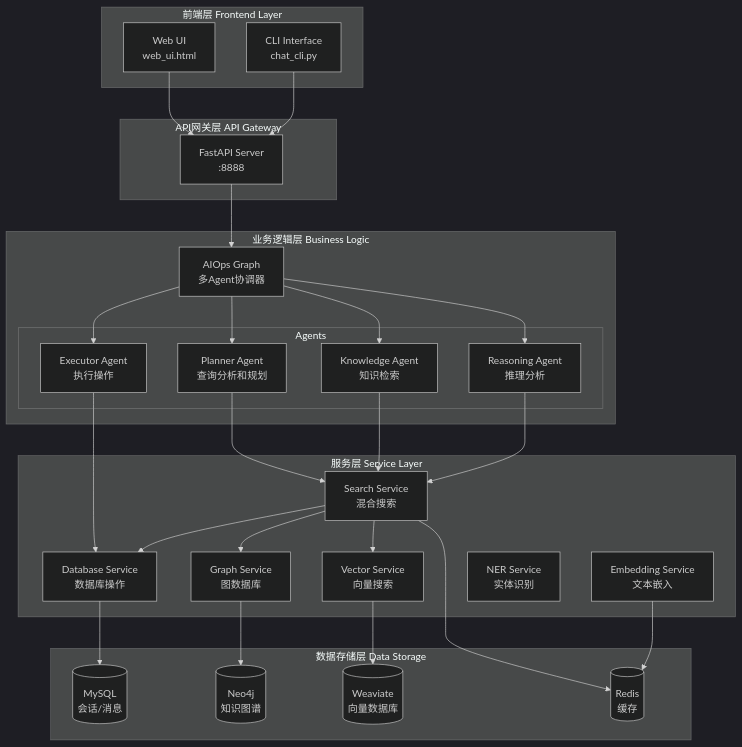
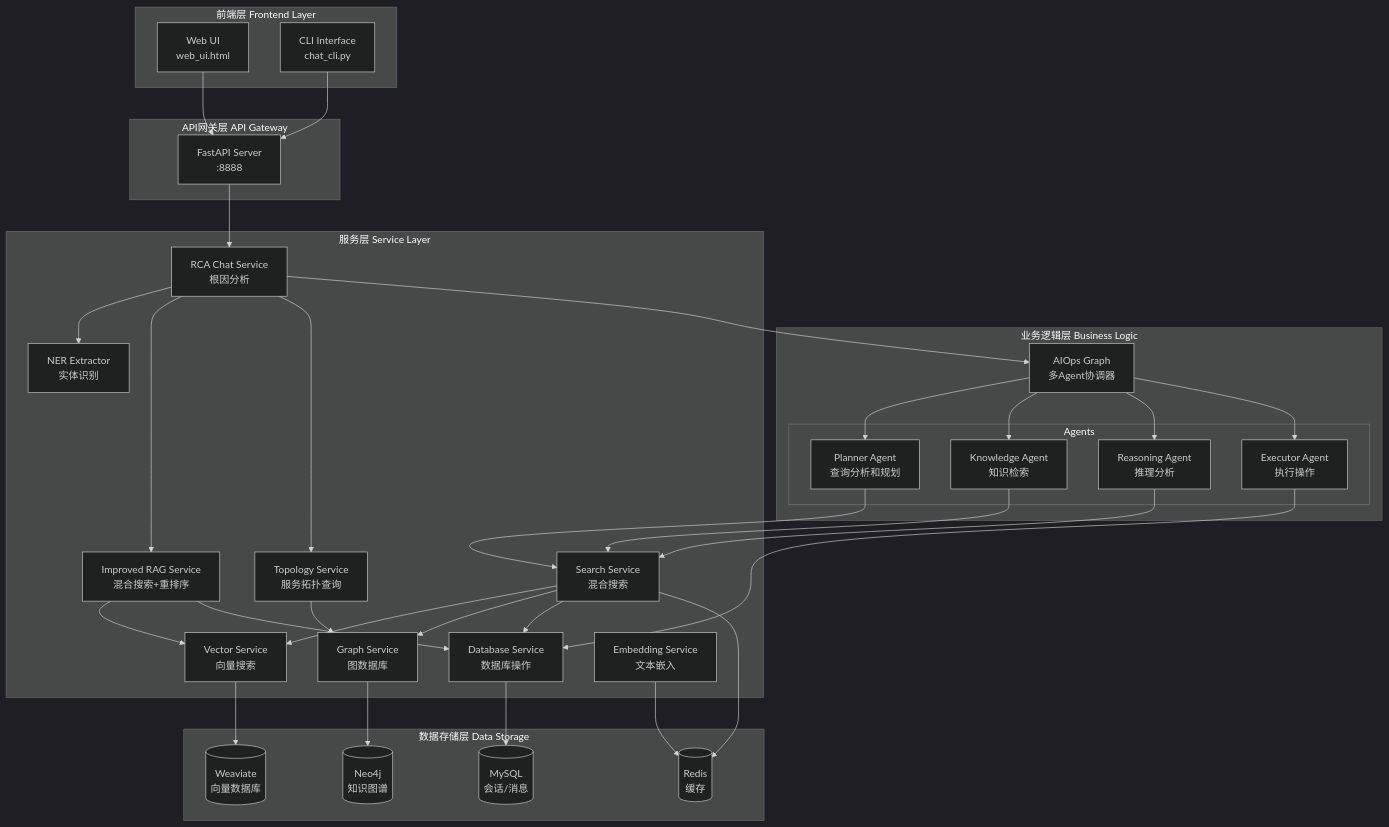
Before and after one commit to pkusnail/AIOpsPolaris: the first of 7 diagrams in docs/system-interaction-flow.md, drawn with Mermaid (dark theme). The commit also changed other lines of this file and 5 other files, not shown here.

````diff
--- a/docs/system-interaction-flow.md
+++ b/docs/system-interaction-flow.md
@@ -9,61 +9,71 @@
 ```mermaid
 graph TB
     subgraph "前端层 Frontend Layer"
         WebUI[Web UI<br/>web_ui.html]
         CLI[CLI Interface<br/>chat_cli.py]
     end
     
     subgraph "API网关层 API Gateway"
         FastAPI[FastAPI Server<br/>:8888]
     end
     
     subgraph "业务逻辑层 Business Logic"
         AIOpsGraph[AIOps Graph<br/>多Agent协调器]
         
         subgraph "Agents"
             Planner[Planner Agent<br/>查询分析和规划]
             Knowledge[Knowledge Agent<br/>知识检索]
             Reasoning[Reasoning Agent<br/>推理分析]
             Executor[Executor Agent<br/>执行操作]
         end
     end
     
     subgraph "服务层 Service Layer"
+        RCAChatSvc[RCA Chat Service<br/>根因分析]
+        ImprovedRAGSvc[Improved RAG Service<br/>混合搜索+重排序]
+        TopologySvc[Topology Service<br/>服务拓扑查询]
         SearchSvc[Search Service<br/>混合搜索]
         DatabaseSvc[Database Service<br/>数据库操作]
         VectorSvc[Vector Service<br/>向量搜索]
         GraphSvc[Graph Service<br/>图数据库]
         EmbeddingSvc[Embedding Service<br/>文本嵌入]
-        NERSvc[NER Service<br/>实体识别]
+        NERSvc[NER Extractor<br/>实体识别]
     end
     
     subgraph "数据存储层 Data Storage"
         MySQL[(MySQL<br/>会话/消息)]
         Neo4j[(Neo4j<br/>知识图谱)]
         Weaviate[(Weaviate<br/>向量数据库)]
         Redis[(Redis<br/>缓存)]
     end
     
     WebUI --> FastAPI
     CLI --> FastAPI
-    FastAPI --> AIOpsGraph
+    FastAPI --> RCAChatSvc
+    RCAChatSvc --> NERSvc
+    RCAChatSvc --> ImprovedRAGSvc
+    RCAChatSvc --> TopologySvc
+    RCAChatSvc --> AIOpsGraph
     AIOpsGraph --> Planner
     AIOpsGraph --> Knowledge
     AIOpsGraph --> Reasoning
     AIOpsGraph --> Executor
     
     Planner --> SearchSvc
     Knowledge --> SearchSvc
     Reasoning --> SearchSvc
     Executor --> DatabaseSvc
     
+    ImprovedRAGSvc --> VectorSvc
+    ImprovedRAGSvc --> DatabaseSvc
+    TopologySvc --> GraphSvc
     SearchSvc --> VectorSvc
     SearchSvc --> GraphSvc
     SearchSvc --> DatabaseSvc
     
     DatabaseSvc --> MySQL
     VectorSvc --> Weaviate
     GraphSvc --> Neo4j
     SearchSvc --> Redis
     EmbeddingSvc --> Redis
 ```
````
